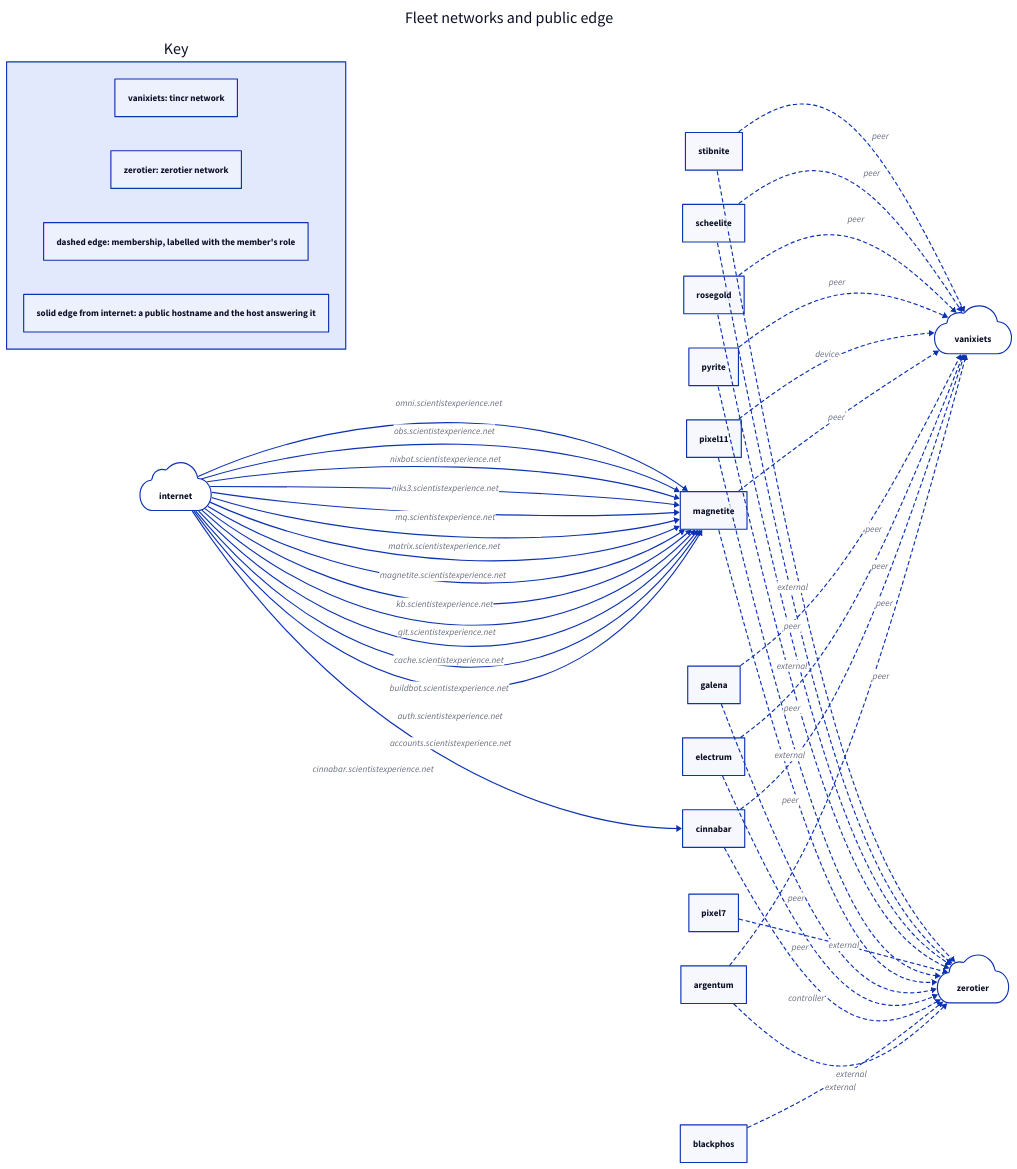
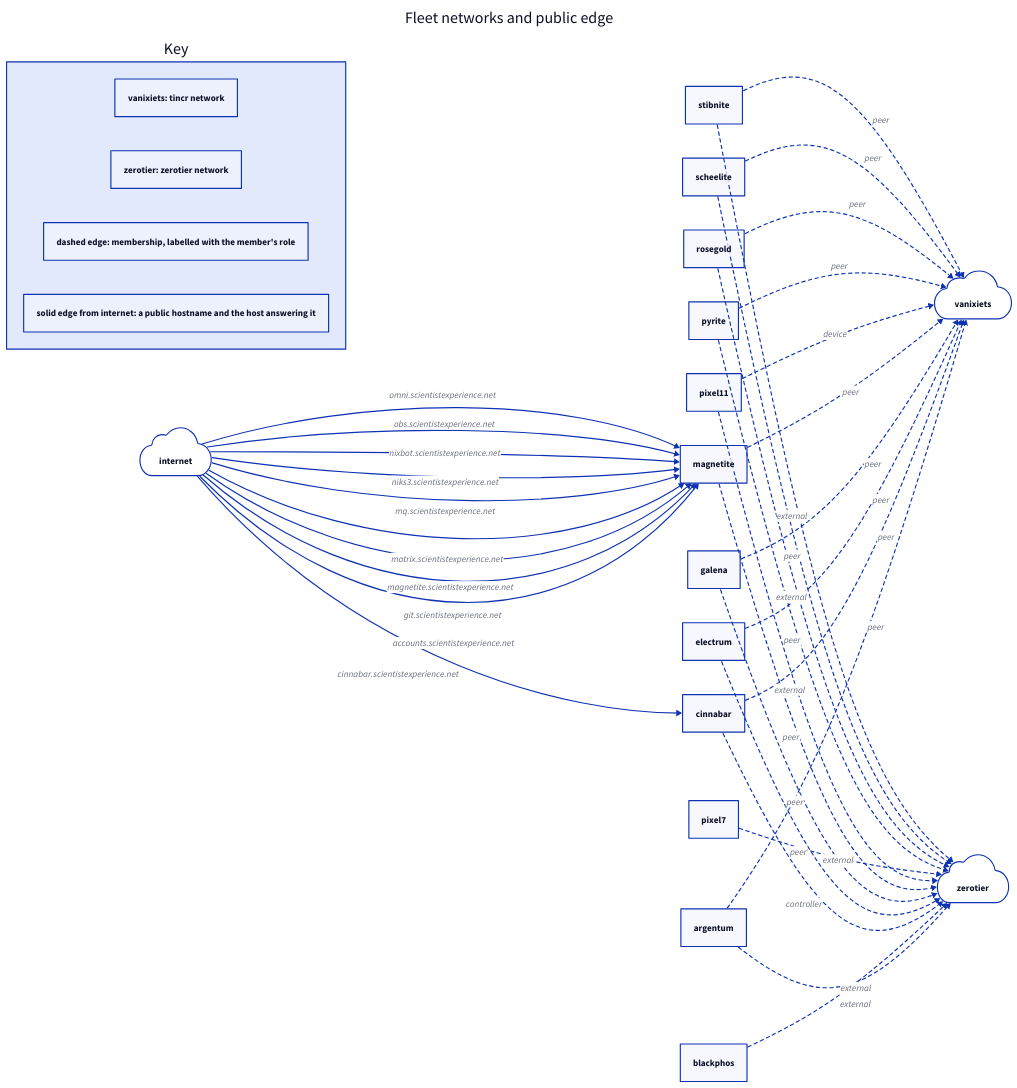
One commit to cameronraysmith/vanixiets changed the diagram in packages/docs/diagrams/topology/network.d2. Above: the diagram before and after it, drawn with D2. The commit also changed 4 other files, not shown here.

```diff
--- a/packages/docs/diagrams/topology/network.d2
+++ b/packages/docs/diagrams/topology/network.d2
@@ -1,114 +1,110 @@
 # generated by flake.lib.fleetTopology from the clan inventory, flake.lib.hosts and flake.lib.topologyFacts; run `just topology-generate`, never edit
 title: "Fleet networks and public edge" {
   shape: text
   near: top-center
   style.font-size: 28
 }
 direction: right
 net_vanixiets: "vanixiets" {
   shape: cloud
 }
 net_zerotier: "zerotier" {
   shape: cloud
 }
 m_argentum: "argentum"
 m_blackphos: "blackphos"
 m_cinnabar: "cinnabar"
 m_electrum: "electrum"
 m_galena: "galena"
 m_magnetite: "magnetite"
 m_pixel11: "pixel11"
 m_pixel7: "pixel7"
 m_pyrite: "pyrite"
 m_rosegold: "rosegold"
 m_scheelite: "scheelite"
 m_stibnite: "stibnite"
 m_argentum -> net_vanixiets: "peer" {
   style.stroke-dash: 3
 }
 m_cinnabar -> net_vanixiets: "peer" {
   style.stroke-dash: 3
 }
 m_electrum -> net_vanixiets: "peer" {
   style.stroke-dash: 3
 }
 m_galena -> net_vanixiets: "peer" {
   style.stroke-dash: 3
 }
 m_magnetite -> net_vanixiets: "peer" {
   style.stroke-dash: 3
 }
 m_pixel11 -> net_vanixiets: "device" {
   style.stroke-dash: 3
 }
 m_pyrite -> net_vanixiets: "peer" {
   style.stroke-dash: 3
 }
 m_rosegold -> net_vanixiets: "peer" {
   style.stroke-dash: 3
 }
 m_scheelite -> net_vanixiets: "peer" {
   style.stroke-dash: 3
 }
 m_stibnite -> net_vanixiets: "peer" {
   style.stroke-dash: 3
 }
 m_argentum -> net_zerotier: "external" {
   style.stroke-dash: 3
 }
 m_blackphos -> net_zerotier: "external" {
   style.stroke-dash: 3
 }
 m_cinnabar -> net_zerotier: "controller" {
   style.stroke-dash: 3
 }
 m_electrum -> net_zerotier: "peer" {
   style.stroke-dash: 3
 }
 m_galena -> net_zerotier: "peer" {
   style.stroke-dash: 3
 }
 m_magnetite -> net_zerotier: "peer" {
   style.stroke-dash: 3
 }
 m_pixel11 -> net_zerotier: "external" {
   style.stroke-dash: 3
 }
 m_pixel7 -> net_zerotier: "external" {
   style.stroke-dash: 3
 }
 m_pyrite -> net_zerotier: "peer" {
   style.stroke-dash: 3
 }
 m_rosegold -> net_zerotier: "external" {
   style.stroke-dash: 3
 }
 m_scheelite -> net_zerotier: "peer" {
   style.stroke-dash: 3
 }
 m_stibnite -> net_zerotier: "external" {
   style.stroke-dash: 3
 }
 internet: "internet" {
   shape: cloud
 }
 internet -> m_magnetite: "accounts.scientistexperience.net"
-internet -> m_magnetite: "auth.scientistexperience.net"
-internet -> m_magnetite: "buildbot.scientistexperience.net"
-internet -> m_magnetite: "cache.scientistexperience.net"
 internet -> m_cinnabar: "cinnabar.scientistexperience.net"
 internet -> m_magnetite: "git.scientistexperience.net"
-internet -> m_magnetite: "kb.scientistexperience.net"
 internet -> m_magnetite: "magnetite.scientistexperience.net"
 internet -> m_magnetite: "matrix.scientistexperience.net"
 internet -> m_magnetite: "mq.scientistexperience.net"
 internet -> m_magnetite: "niks3.scientistexperience.net"
 internet -> m_magnetite: "nixbot.scientistexperience.net"
 internet -> m_magnetite: "obs.scientistexperience.net"
 internet -> m_magnetite: "omni.scientistexperience.net"
 key: "Key" {
   k_vanixiets: "vanixiets: tincr network"
   k_zerotier: "zerotier: zerotier network"
   member: "dashed edge: membership, labelled with the member's role"
   public: "solid edge from internet: a public hostname and the host answering it"
 }
```
